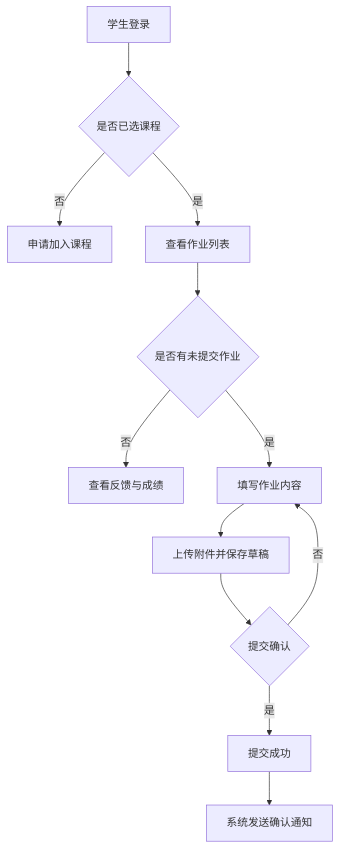
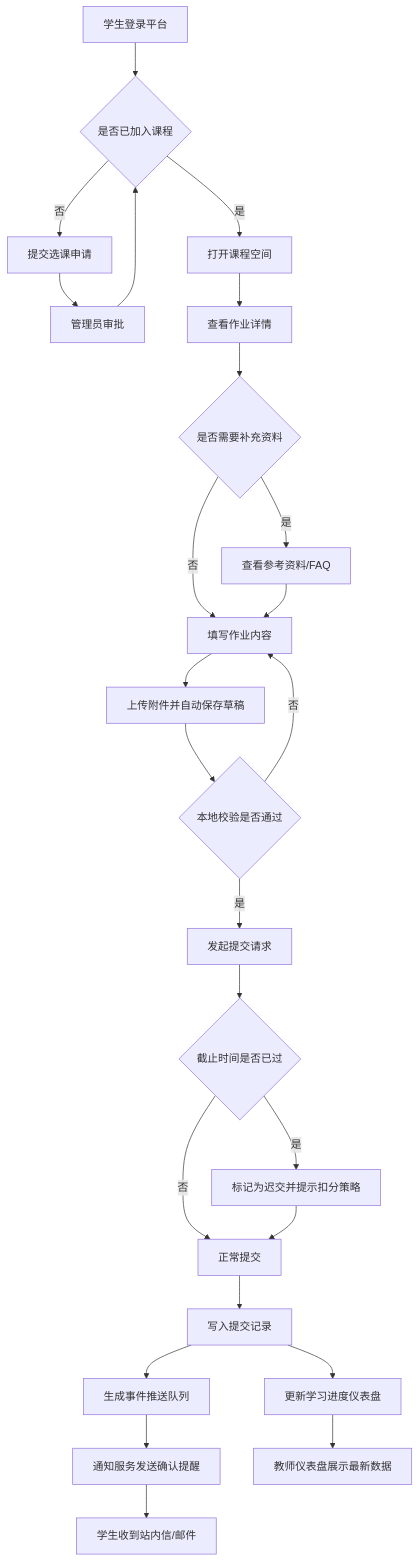
The diagram in docs/mermaid/student_submission_flow.mmd (luckyJessie/douyin-game), drawn with Mermaid before and after one commit. The commit also changed 17 other files, not shown here.

Commit message:
Refactor: Update architecture and sequence diagrams

```diff
--- a/docs/mermaid/student_submission_flow.mmd
+++ b/docs/mermaid/student_submission_flow.mmd
@@ -1,12 +1,25 @@
 flowchart TD
-    A[学生登录] --> B{是否已选课程}
-    B -- 否 --> C[申请加入课程]
-    B -- 是 --> D[查看作业列表]
-    D --> E{是否有未提交作业}
-    E -- 否 --> F[查看反馈与成绩]
-    E -- 是 --> G[填写作业内容]
-    G --> H[上传附件并保存草稿]
-    H --> I{提交确认}
-    I -- 否 --> G
-    I -- 是 --> J[提交成功]
-    J --> K[系统发送确认通知]
+    A[学生登录平台] --> B{是否已加入课程}
+    B -- 否 --> C[提交选课申请]
+    C --> CourseAdmin[管理员审批]
+    CourseAdmin --> B
+    B -- 是 --> D[打开课程空间]
+    D --> E[查看作业详情]
+    E --> F{是否需要补充资料}
+    F -- 是 --> G[查看参考资料/FAQ]
+    F -- 否 --> H
+    G --> H[填写作业内容]
+    H --> I[上传附件并自动保存草稿]
+    I --> J{本地校验是否通过}
+    J -- 否 --> H
+    J -- 是 --> K[发起提交请求]
+    K --> L{截止时间是否已过}
+    L -- 是 --> M[标记为迟交并提示扣分策略]
+    L -- 否 --> N[正常提交]
+    M --> N
+    N --> O[写入提交记录]
+    O --> P[生成事件推送队列]
+    P --> Q[通知服务发送确认提醒]
+    Q --> R[学生收到站内信/邮件]
+    O --> S[更新学习进度仪表盘]
+    S --> T[教师仪表盘展示最新数据]
```
